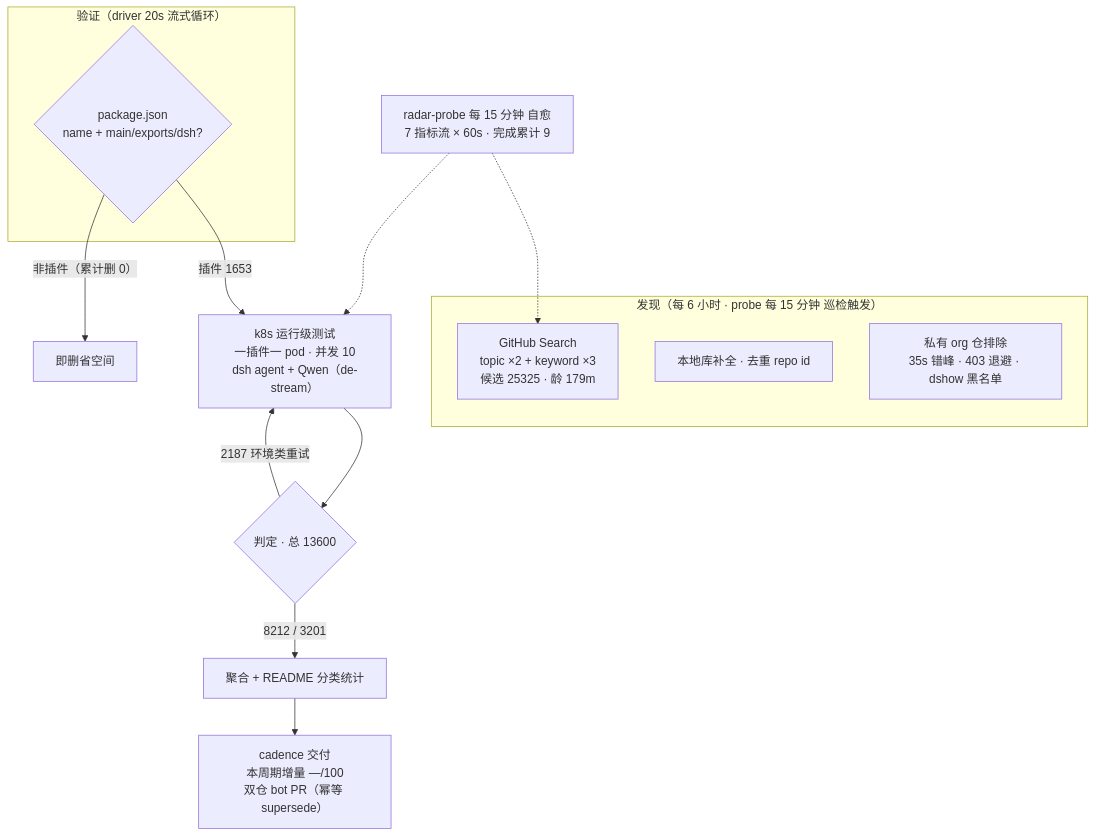
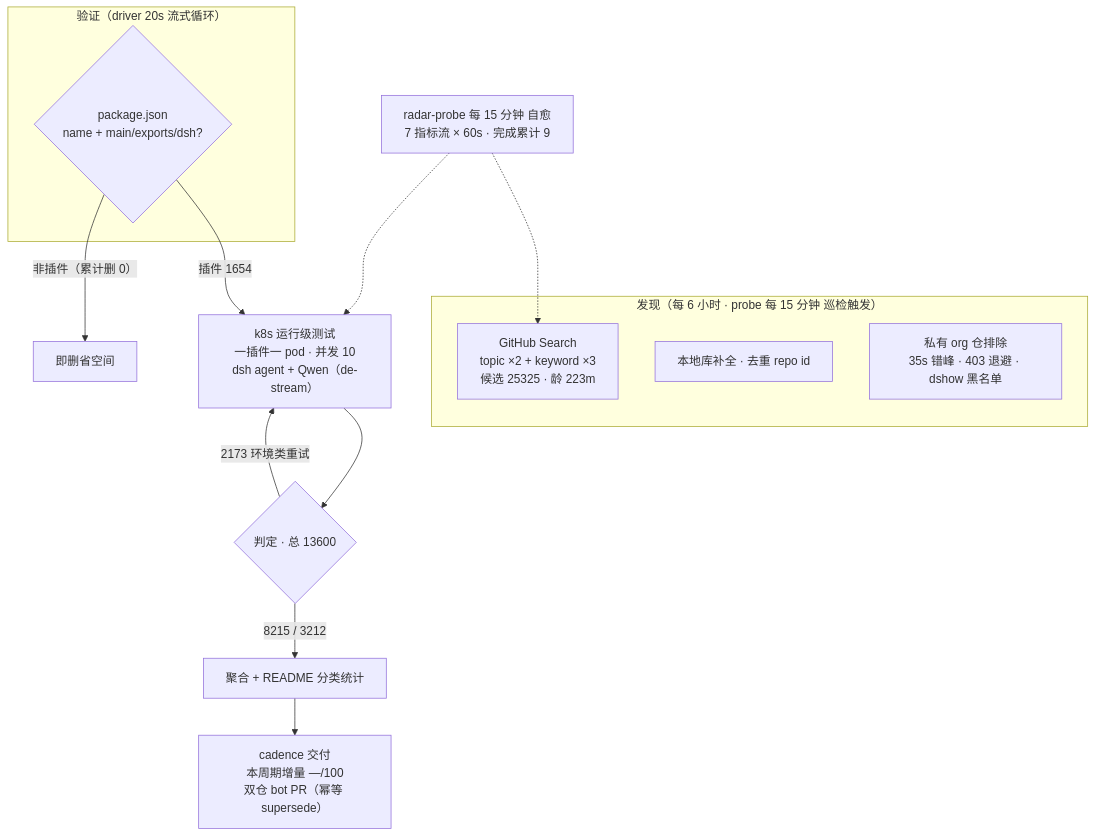
One commit to Zhidao-Lab-OSS/awesome-dsh-plugins changed the diagram in README.md. Above: the diagram before and after it, drawn with Mermaid. The commit also changed other lines of this file and 1 other file, not shown here.

````diff
--- a/README.md
+++ b/README.md
@@ -99,20 +99,20 @@
 ```mermaid
 flowchart TB
     subgraph Discovery["发现（每 6 小时 · probe 每 15 分钟 巡检触发）"]
-        A1["GitHub Search<br/>topic ×2 + keyword ×3<br/>候选 25325 · 龄 179m"]
+        A1["GitHub Search<br/>topic ×2 + keyword ×3<br/>候选 25325 · 龄 223m"]
         A2["本地库补全 · 去重 repo id"]
         A3["私有 org 仓排除<br/>35s 错峰 · 403 退避 · dshow 黑名单"]
     end
     subgraph Validation["验证（driver 20s 流式循环）"]
         B1{"package.json<br/>name + main/exports/dsh?"}
     end
-    B1 -->|"插件 1653"| C1["k8s 运行级测试<br/>一插件一 pod · 并发 10<br/>dsh agent + Qwen（de-stream）"]
+    B1 -->|"插件 1654"| C1["k8s 运行级测试<br/>一插件一 pod · 并发 10<br/>dsh agent + Qwen（de-stream）"]
     B1 -->|"非插件（累计删 0）"| B3["即删省空间"]
     C1 --> D1{"判定 · 总 13600"}
-    D1 -->|"8212 / 3201"| E1["聚合 + README 分类统计"]
-    D1 -->|"2187 环境类重试"| C1
+    D1 -->|"8215 / 3212"| E1["聚合 + README 分类统计"]
+    D1 -->|"2173 环境类重试"| C1
     E1 --> E2["cadence 交付<br/>本周期增量 —/100<br/>双仓 bot PR（幂等 supersede）"]
     M["radar-probe 每 15 分钟 自愈<br/>7 指标流 × 60s · 完成累计 9"]
     M -.-> A1
     M -.-> C1
 ```
````
